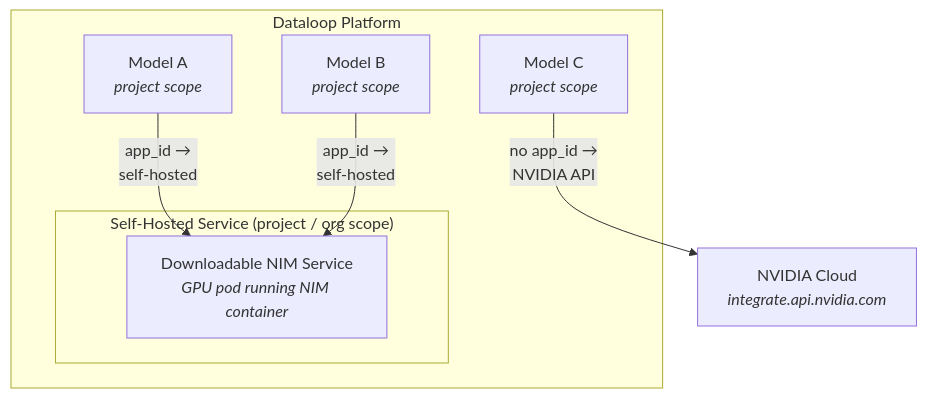
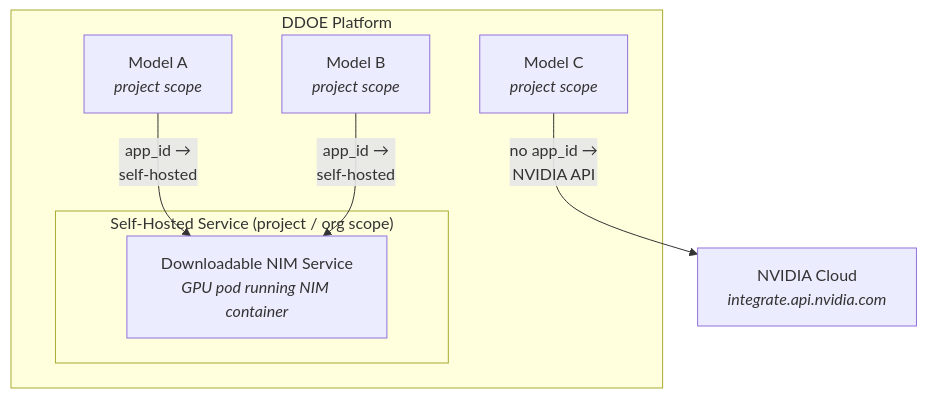
The diagram in README.md (dataloop-ai-apps/nim-api-adapter), drawn with Mermaid before and after one commit. The commit also changed other lines of this file and 145 other files, not shown here.

Commit message:
rename dataloop to DDOE

````diff
--- a/README.md
+++ b/README.md
@@ -9,18 +9,18 @@
 ```mermaid
 graph TB
-    subgraph "Dataloop Platform"
+    subgraph "DDOE Platform"
         MODEL_A["Model A<br/><i>project scope</i>"]
         MODEL_B["Model B<br/><i>project scope</i>"]
         MODEL_C["Model C<br/><i>project scope</i>"]
 
         subgraph "Self-Hosted Service (project / org scope)"
             DL_SVC["Downloadable NIM Service<br/><i>GPU pod running NIM container</i>"]
         end
     end
 
     NVIDIA["NVIDIA Cloud<br/><i>integrate.api.nvidia.com</i>"]
 
     MODEL_A -- "app_id →<br/>self-hosted" --> DL_SVC
     MODEL_B -- "app_id →<br/>self-hosted" --> DL_SVC
     MODEL_C -- "no app_id →<br/>NVIDIA API" --> NVIDIA
 ```
````
